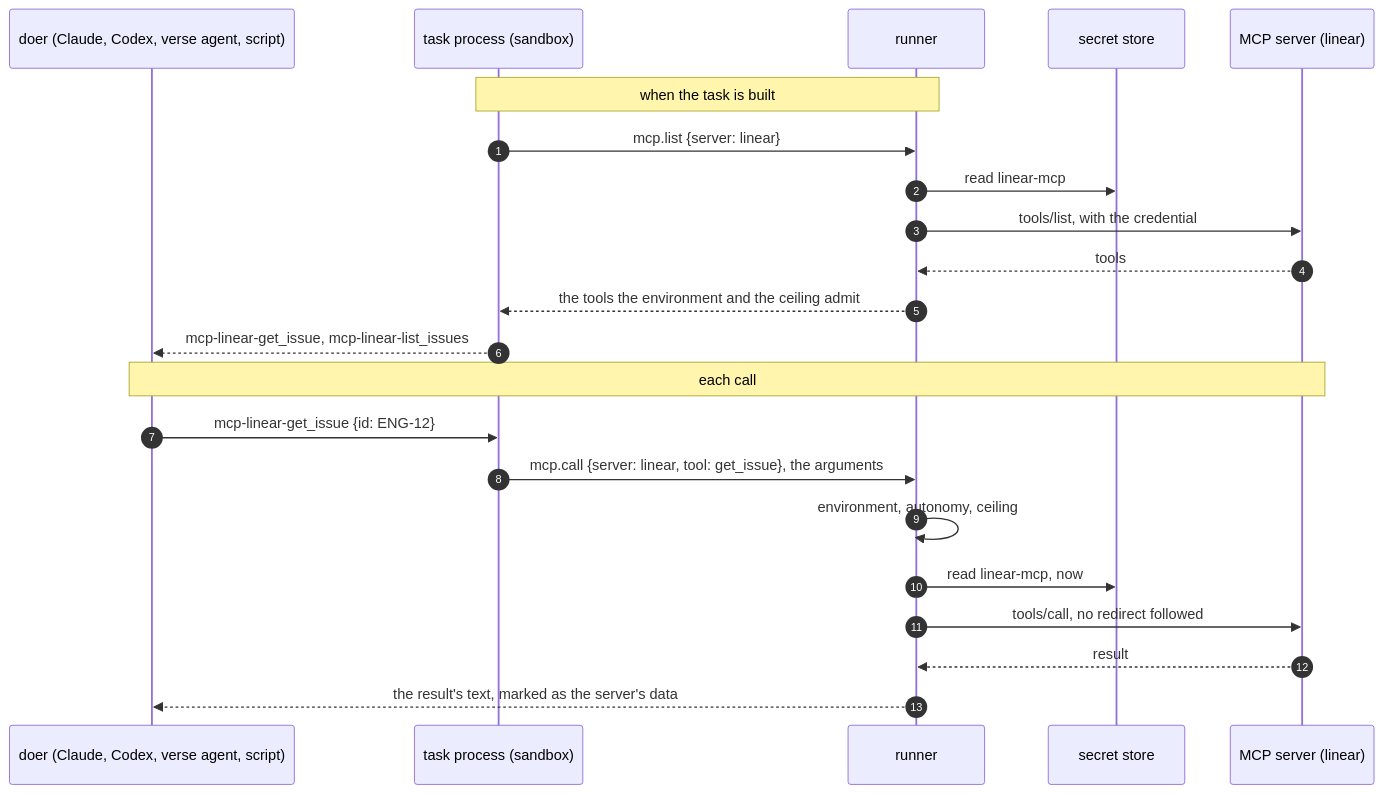
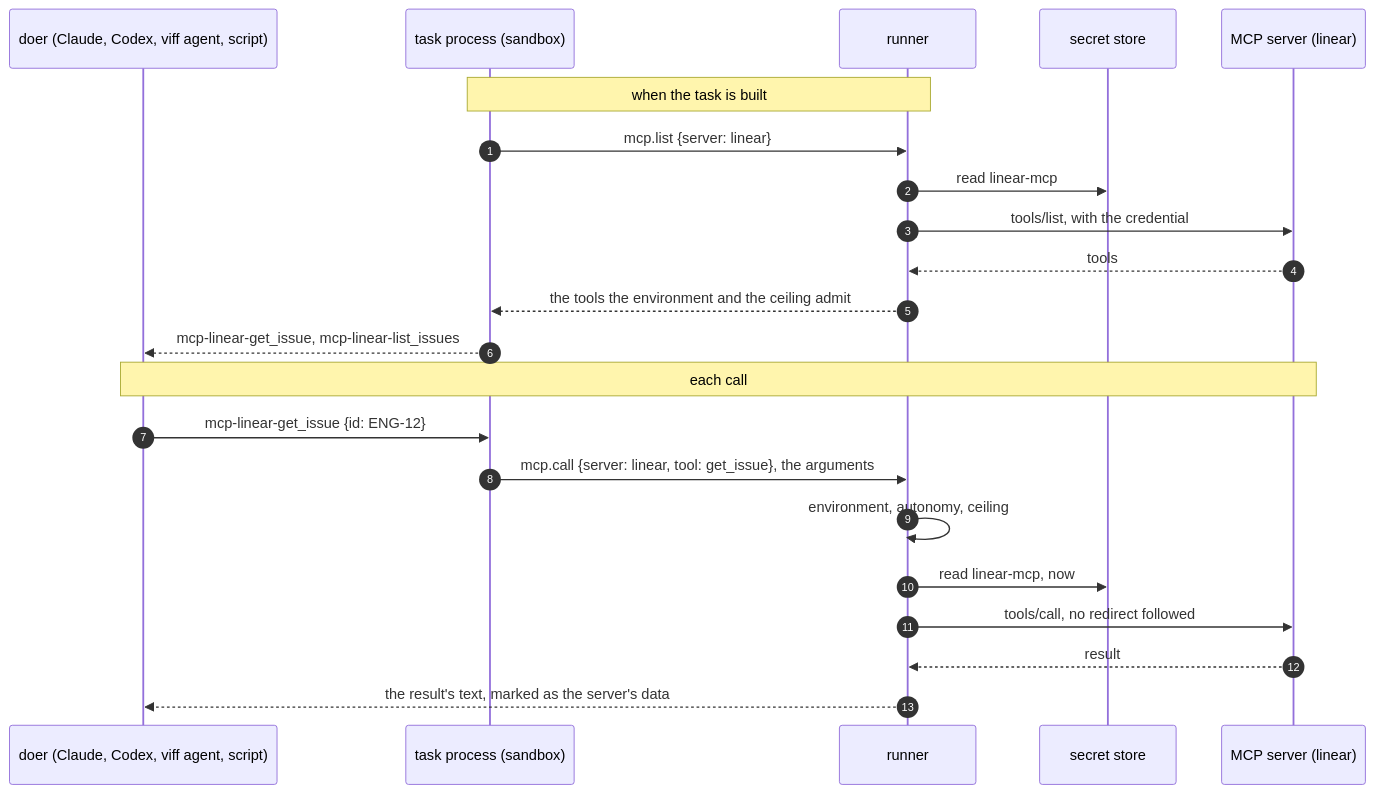
The sixth of 9 diagrams in docs/articles/external-tools-and-secrets.md (signadot/viff), drawn with Mermaid before and after one commit. The commit also changed other lines of this file and 1510 other files, not shown here.

First line of the commit message:
rename: verse is viff (scripts/rename.sh)

````diff
--- a/docs/articles/external-tools-and-secrets.md
+++ b/docs/articles/external-tools-and-secrets.md
@@ -394,24 +394,24 @@
 ```mermaid
 sequenceDiagram
   autonumber
-  participant D as doer (Claude, Codex, verse agent, script)
+  participant D as doer (Claude, Codex, viff agent, script)
   participant T as task process (sandbox)
   participant R as runner
   participant S as secret store
   participant M as MCP server (linear)
   Note over T,R: when the task is built
   T->>R: mcp.list {server: linear}
   R->>S: read linear-mcp
   R->>M: tools/list, with the credential
   M-->>R: tools
   R-->>T: the tools the environment and the ceiling admit
   T-->>D: mcp-linear-get_issue, mcp-linear-list_issues
   Note over D,M: each call
   D->>T: mcp-linear-get_issue {id: ENG-12}
   T->>R: mcp.call {server: linear, tool: get_issue}, the arguments
   R->>R: environment, autonomy, ceiling
   R->>S: read linear-mcp, now
   R->>M: tools/call, no redirect followed
   M-->>R: result
   R-->>D: the result's text, marked as the server's data
 ```
````
